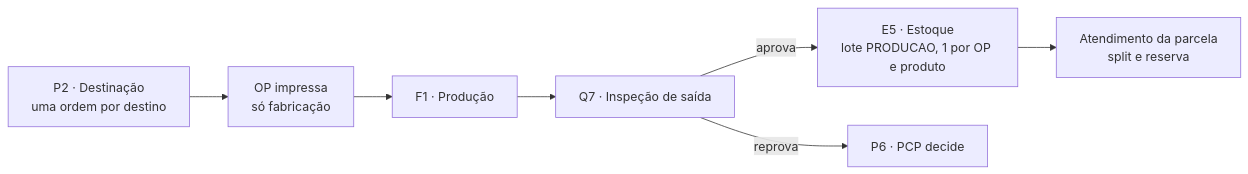
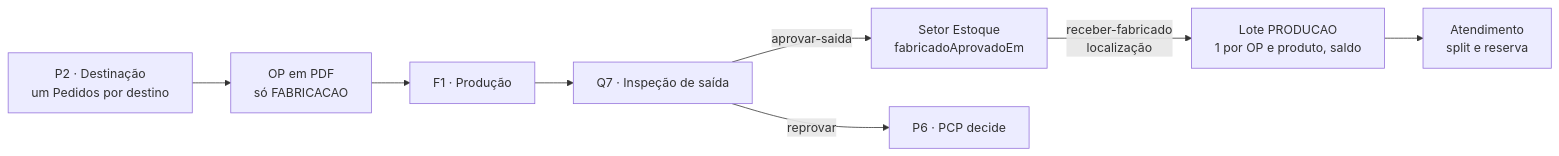
One commit to Acosvital/vault-avhub-mer changed the diagram in 06-Contratos/Ativos/LOG-53-Ordem-de-Producao-e-Lote-do-Fabricado.md. Above: the diagram before and after it, drawn with Mermaid. The commit also changed other lines of this file and 11 other files, not shown here.

````diff
--- a/06-Contratos/Ativos/LOG-53-Ordem-de-Producao-e-Lote-do-Fabricado.md
+++ b/06-Contratos/Ativos/LOG-53-Ordem-de-Producao-e-Lote-do-Fabricado.md
@@ -78,9 +136,10 @@
 ```mermaid
 flowchart LR
-    P2["P2 · Destinação<br/>uma ordem por destino"] --> OP["OP impressa<br/>só fabricação"]
+    P2["P2 · Destinação<br/>um Pedidos por destino"] --> OP["OP em PDF<br/>só FABRICACAO"]
     OP --> F1["F1 · Produção"]
     F1 --> Q7["Q7 · Inspeção de saída"]
-    Q7 -->|"aprova"| E5["E5 · Estoque<br/>lote PRODUCAO, 1 por OP e produto"]
-    Q7 -->|"reprova"| P6["P6 · PCP decide"]
-    E5 --> A["Atendimento da parcela<br/>split e reserva"]
+    Q7 -->|"aprovar-saida"| E["Setor Estoque<br/>fabricadoAprovadoEm"]
+    E -->|"receber-fabricado<br/>localização"| L["Lote PRODUCAO<br/>1 por OP e produto, saldo"]
+    L --> A["Atendimento<br/>split e reserva"]
+    Q7 -->|"reprovar"| P6["P6 · PCP decide"]
 ```
````
